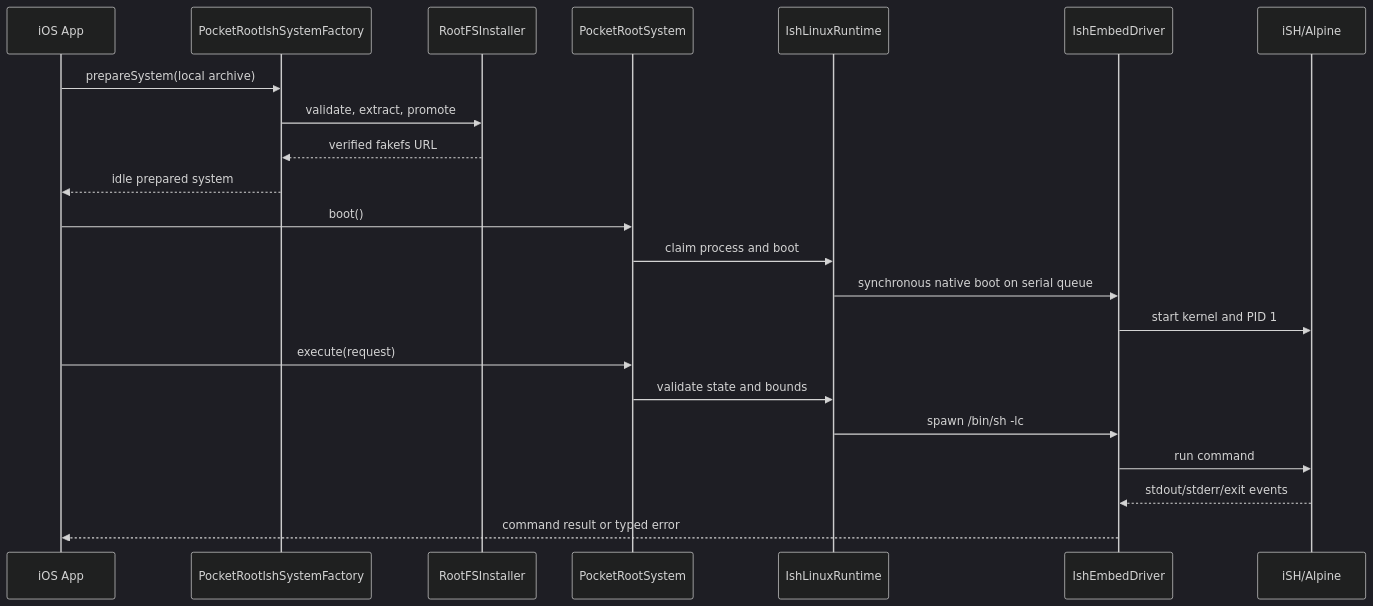
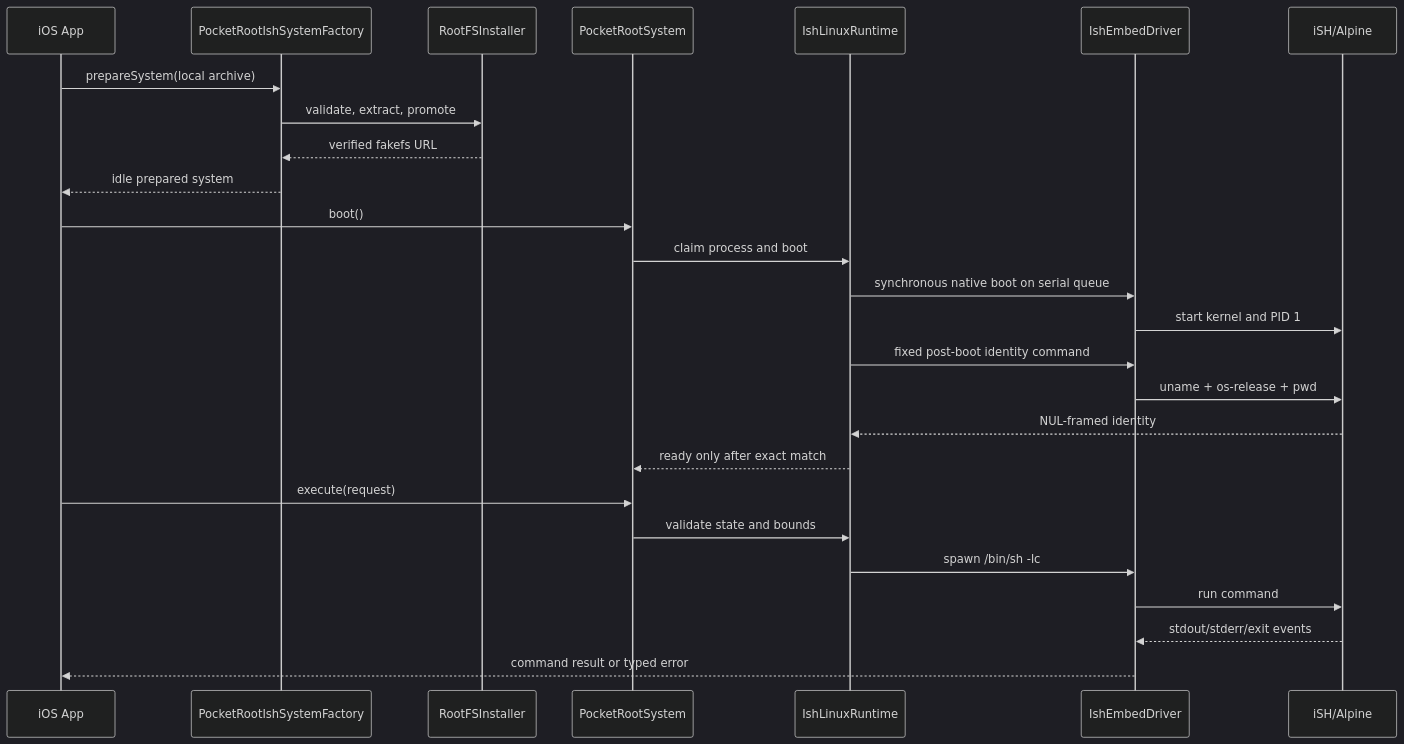
One commit to jacklv-coder/PocketRoot changed the second of 2 diagrams in Docs/TechnicalGuide.md. Above: the diagram before and after it, drawn with Mermaid (dark theme). The commit also changed other lines of this file and 27 other files, not shown here.

Commit message:
feat: require post-boot guest identity

````diff
--- a/Docs/TechnicalGuide.md
+++ b/Docs/TechnicalGuide.md
@@ -130,25 +130,29 @@
 ```mermaid
 sequenceDiagram
     participant App as iOS App
     participant Factory as PocketRootIshSystemFactory
     participant Installer as RootFSInstaller
     participant System as PocketRootSystem
     participant Runtime as IshLinuxRuntime
     participant Driver as IshEmbedDriver
     participant Guest as iSH/Alpine
 
     App->>Factory: prepareSystem(local archive)
     Factory->>Installer: validate, extract, promote
     Installer-->>Factory: verified fakefs URL
     Factory-->>App: idle prepared system
     App->>System: boot()
     System->>Runtime: claim process and boot
     Runtime->>Driver: synchronous native boot on serial queue
     Driver->>Guest: start kernel and PID 1
+    Runtime->>Driver: fixed post-boot identity command
+    Driver->>Guest: uname + os-release + pwd
+    Guest-->>Runtime: NUL-framed identity
+    Runtime-->>System: ready only after exact match
     App->>System: execute(request)
     System->>Runtime: validate state and bounds
     Runtime->>Driver: spawn /bin/sh -lc
     Driver->>Guest: run command
     Guest-->>Driver: stdout/stderr/exit events
     Driver-->>App: command result or typed error
 ```
````
